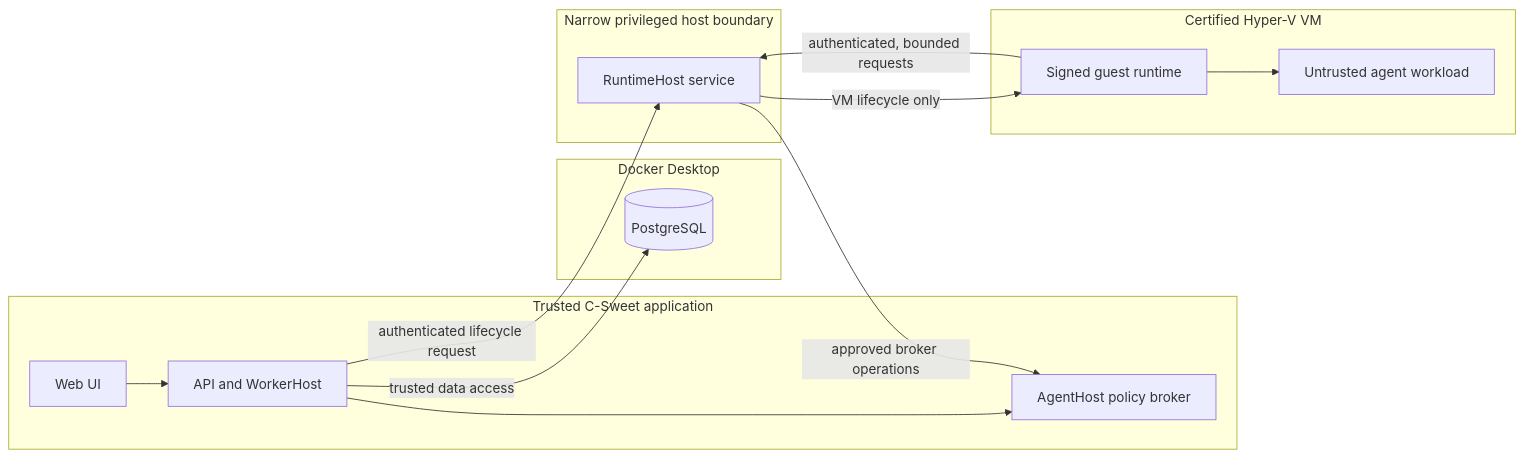
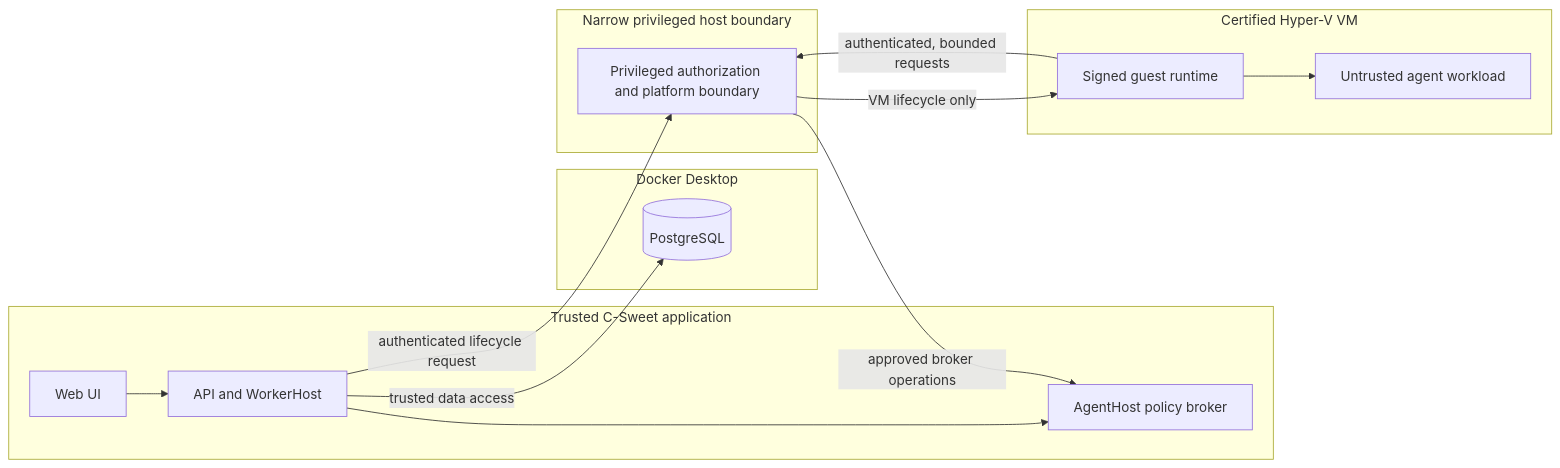
One commit to CrosswiredStudios/C-Sweet changed the first of 2 diagrams in Documentation/Architecture/AGENT_ISOLATION_SECURITY_OVERVIEW.md. Above: the diagram before and after it, drawn with Mermaid. The commit also changed other lines of this file and 53 other files, not shown here.

````diff
--- a/Documentation/Architecture/AGENT_ISOLATION_SECURITY_OVERVIEW.md
+++ b/Documentation/Architecture/AGENT_ISOLATION_SECURITY_OVERVIEW.md
@@ -16,29 +16,29 @@
 ```mermaid
 flowchart LR
     subgraph TrustedApp["Trusted C-Sweet application"]
         UI["Web UI"]
         Core["API and WorkerHost"]
         Broker["AgentHost policy broker"]
         UI --> Core --> Broker
     end
 
     subgraph TrustedDocker["Docker Desktop"]
         DB[("PostgreSQL")]
     end
 
     subgraph PrivilegedHost["Narrow privileged host boundary"]
-        RH["RuntimeHost service"]
+        RH["Privileged authorization and platform boundary"]
     end
 
     subgraph UntrustedVm["Certified Hyper-V VM"]
         Guest["Signed guest runtime"]
         Workload["Untrusted agent workload"]
         Guest --> Workload
     end
 
     Core -->|"trusted data access"| DB
     Core -->|"authenticated lifecycle request"| RH
     RH -->|"VM lifecycle only"| Guest
     Guest -->|"authenticated, bounded requests"| RH
     RH -->|"approved broker operations"| Broker
 ```
````
